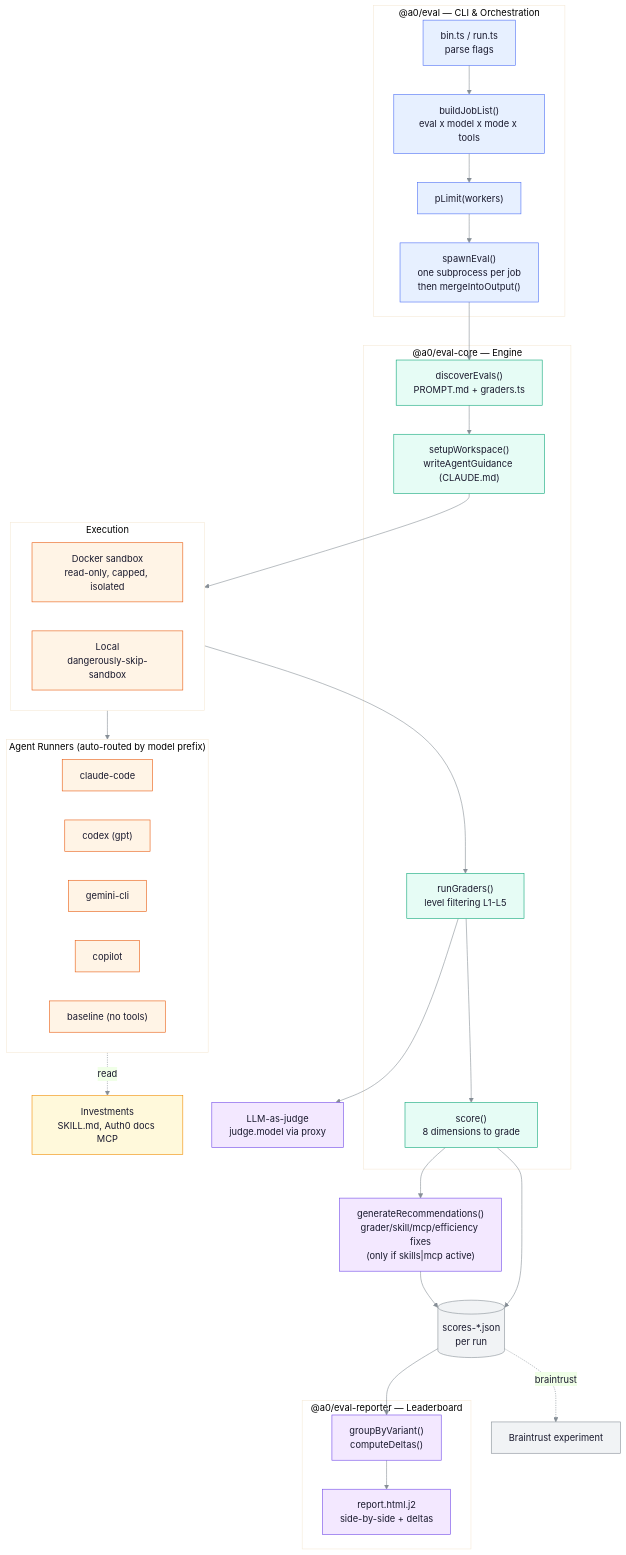
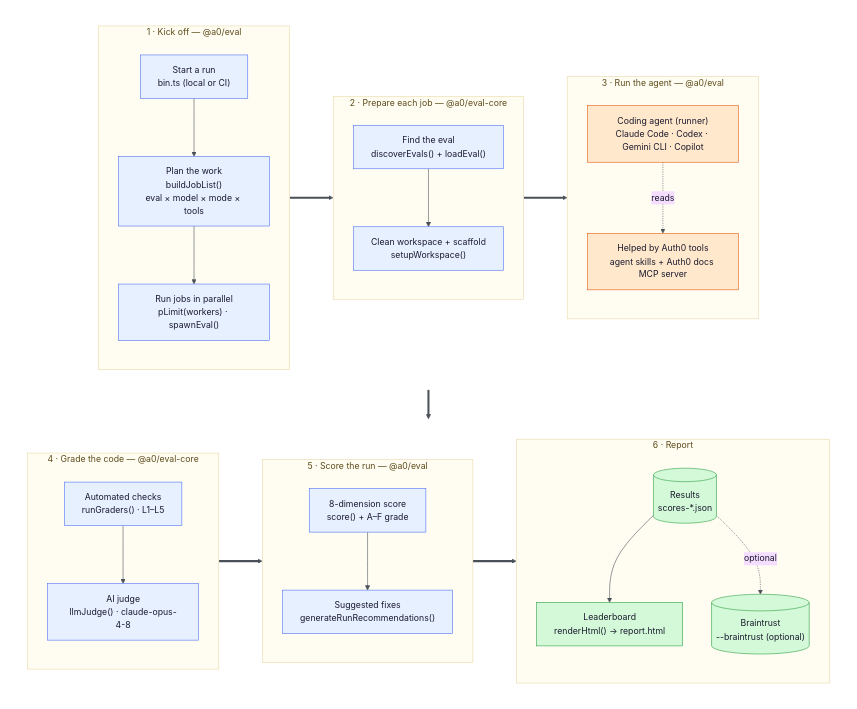
One commit to auth0/auth0-evals changed the first of 2 diagrams in docs/ARCHITECTURE.md. Above: the diagram before and after it, drawn with Mermaid. The commit also changed other lines of this file, not shown here.

Commit message:
updating architecture

````diff
--- a/docs/ARCHITECTURE.md
+++ b/docs/ARCHITECTURE.md
@@ -26,71 +16,77 @@
 ```mermaid
 %%{init: {'theme':'base', 'themeVariables': {
-  'primaryColor':'#E7F0FF','primaryBorderColor':'#4C6EF5','primaryTextColor':'#1A1A2E',
-  'lineColor':'#868E96','fontFamily':'ui-sans-serif, system-ui, sans-serif'
+  'fontFamily':'ui-sans-serif, system-ui, sans-serif',
+  'fontSize':'15px',
+  'lineColor':'#495057','primaryTextColor':'#1A1A2E'
 }}}%%
 flowchart TB
-    subgraph CLI["@a0/eval — CLI &amp; Orchestration"]
-        Bin["bin.ts / run.ts<br/>parse flags"]
-        Matrix["buildJobList()<br/>eval x model x mode x tools"]
-        Pool["pLimit(workers)"]
-        Sub["spawnEval()<br/>one subprocess per job<br/>then mergeIntoOutput()"]
-        Bin --> Matrix --> Pool --> Sub
+    subgraph RowA[" "]
+        direction LR
+        subgraph CLI["1 · Kick off — @a0/eval"]
+            direction TB
+            Bin["Start a run<br/>bin.ts (local or CI)"]
+            Matrix["Plan the work<br/>buildJobList()<br/>eval × model × mode × tools"]
+            Pool["Run jobs in parallel<br/>pLimit(workers) · spawnEval()"]
+            Bin --> Matrix --> Pool
+        end
+
+        subgraph Setup["2 · Prepare each job — @a0/eval-core"]
+            direction TB
+            Discover["Find the eval<br/>discoverEvals() + loadEval()"]
+            WS["Clean workspace + scaffold<br/>setupWorkspace()"]
+            Discover --> WS
+        end
+
+        subgraph Exec["3 · Run the agent — @a0/eval"]
+            direction TB
+            Runners["Coding agent (runner)<br/>Claude Code · Codex · Gemini CLI · Copilot"]
+            Invest["Helped by Auth0 tools<br/>agent skills + Auth0 docs MCP server"]
+            Runners -. reads .-> Invest
+        end
     end
 
-    subgraph Core["@a0/eval-core — Engine"]
-        Discover["discoverEvals()<br/>PROMPT.md + graders.ts"]
-        WS["setupWorkspace()<br/>writeAgentGuidance (CLAUDE.md)"]
-        Engine["runGraders()<br/>level filtering L1-L5"]
-        Scorer["score()<br/>8 dimensions to grade"]
+    subgraph RowB[" "]
+        direction LR
+        subgraph Grade["4 · Grade the code — @a0/eval-core"]
+            direction TB
+            Engine["Automated checks<br/>runGraders() · L1–L5"]
+            Judge["AI judge<br/>llmJudge() · claude-opus-4-8"]
+            Engine --> Judge
+        end
+
+        subgraph Score["5 · Score the run — @a0/eval"]
+            direction TB
+            Scorer["8-dimension score<br/>score() + A–F grade"]
+            Recs["Suggested fixes<br/>generateRunRecommendations()"]
+            Scorer --> Recs
+        end
+
+        subgraph Storage["6 · Report"]
+            direction TB
+            Results[("Results<br/>scores-*.json")]
+            Report["Leaderboard<br/>renderHtml() → report.html"]
+            BT[("Braintrust<br/>--braintrust (optional)")]
+            Results --> Report
+            Results -. optional .-> BT
+        end
     end
 
-    subgraph Exec["Execution"]
-        direction LR
-        Sandbox["Docker sandbox<br/>read-only, capped, isolated"]
-        Local["Local<br/>dangerously-skip-sandbox"]
-    end
+    Pool ==> Discover
+    WS ==> Runners
+    Runners ==> Engine
+    Judge ==> Scorer
+    Recs ==> Results
 
-    subgraph Runners["Agent Runners (auto-routed by model prefix)"]
-        CC["claude-code"]
-        CX["codex (gpt)"]
-        GM["gemini-cli"]
-        CP["copilot"]
-        BL["baseline (no tools)"]
-    end
+    classDef control fill:#E7F0FF,stroke:#4C6EF5,color:#1A1A2E;
+    classDef work    fill:#FFE8CC,stroke:#E8590C,color:#1A1A2E;
+    classDef data    fill:#D3F9D8,stroke:#2F9E44,color:#1A1A2E;
 
-    Investments["Investments<br/>SKILL.md, Auth0 docs MCP"]
-    Judge["LLM-as-judge<br/>judge.model via proxy"]
-    Recs["generateRecommendations()<br/>grader/skill/mcp/efficiency fixes<br/>(only if skills|mcp active)"]
+    class Bin,Matrix,Pool,Discover,WS,Engine,Judge,Scorer,Recs control;
+    class Runners,Invest work;
+    class Results,Report,BT data;
 
-    Sub --> Discover --> WS --> Exec
-    Exec --> Runners
-    Runners -. read .-> Investments
-    Exec --> Engine
-    Engine --> Judge
-    Engine --> Scorer
-    Scorer --> Recs
-    Scorer --> Results[("scores-*.json<br/>per run")]
-    Recs --> Results
-
-    subgraph Report["@a0/eval-reporter — Leaderboard"]
-        Group["groupByVariant()<br/>computeDeltas()"]
-        HTML["report.html.j2<br/>side-by-side + deltas"]
-    end
-    Results --> Group --> HTML
-    Results -. braintrust .-> BT["Braintrust experiment"]
-
-    %% ── Semantic pastel palette ──────────────────────────────
-    classDef orchestration fill:#E7F0FF,stroke:#4C6EF5,color:#1A1A2E;
-    classDef engine        fill:#E6FCF5,stroke:#0CA678,color:#1A1A2E;
-    classDef execution     fill:#FFF4E6,stroke:#E8590C,color:#1A1A2E;
-    classDef investment    fill:#FFF9DB,stroke:#F08C00,color:#1A1A2E;
-    classDef insight       fill:#F3E8FF,stroke:#7048E8,color:#1A1A2E;
-    classDef datastore     fill:#F1F3F5,stroke:#868E96,color:#1A1A2E;
-
-    class Bin,Matrix,Pool,Sub orchestration;
-    class Discover,WS,Engine,Scorer engine;
-    class Sandbox,Local,CC,CX,GM,CP,BL execution;
-    class Investments investment;
-    class Judge,Recs,Group,HTML insight;
-    class Results,BT datastore;
+    classDef cluster fill:#FFFDF2,stroke:#E9D8A6,color:#5C4A1A;
+    class CLI,Setup,Exec,Grade,Score,Storage cluster;
+    style RowA fill:none,stroke:none;
+    style RowB fill:none,stroke:none;
 ```
````
